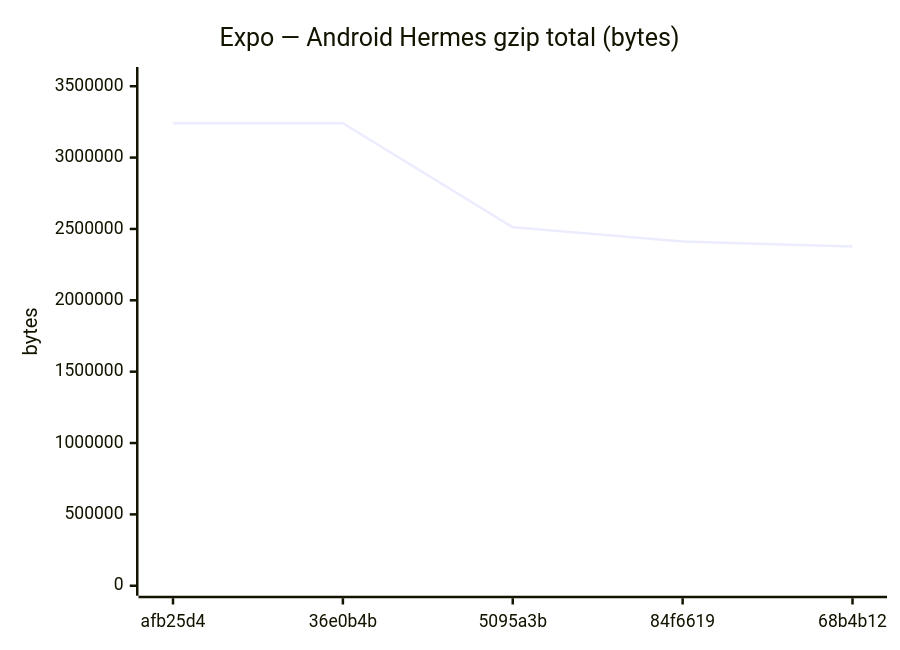
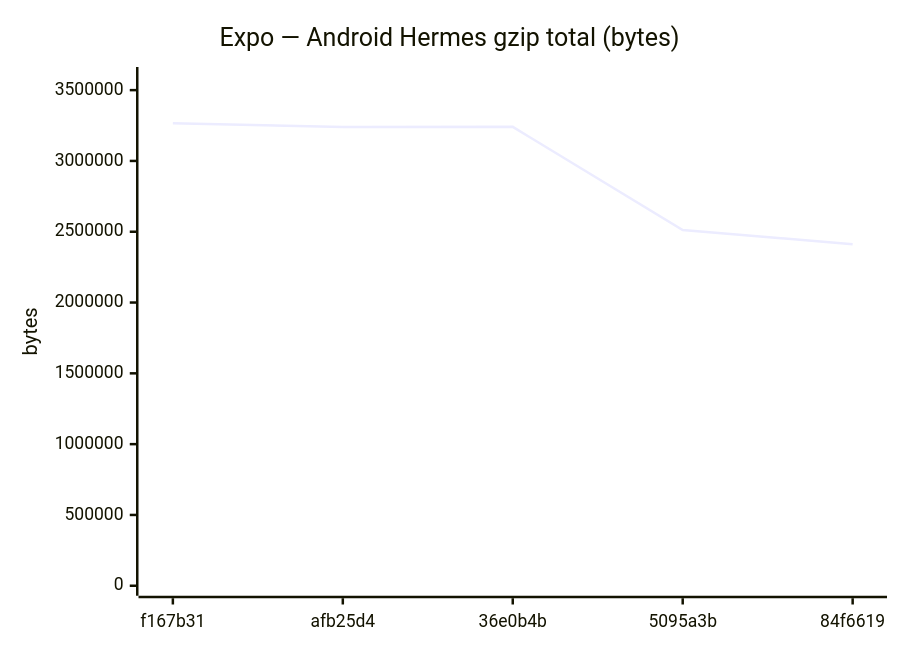
Before and after one commit to Metaheurist/Rianell: diagram 11 of 18 in benchmarks/compare.md, drawn with Mermaid. The commit also changed other lines of this file and 11 other files, not shown here.

````diff
--- a/benchmarks/compare.md
+++ b/benchmarks/compare.md
@@ -172,7 +172,7 @@
 ```mermaid
 xychart-beta
     title "Expo — Android Hermes gzip total (bytes)"
-    x-axis ["afb25d4", "36e0b4b", "5095a3b", "84f6619", "68b4b12"]
-    y-axis "bytes" 0 --> 3564603
-    line [3239886, 3240548, 2511667, 2411913, 2377489]
+    x-axis ["f167b31", "afb25d4", "36e0b4b", "5095a3b", "84f6619"]
+    y-axis "bytes" 0 --> 3592703
+    line [3266093, 3239886, 3240548, 2511667, 2411913]
 ```
````
